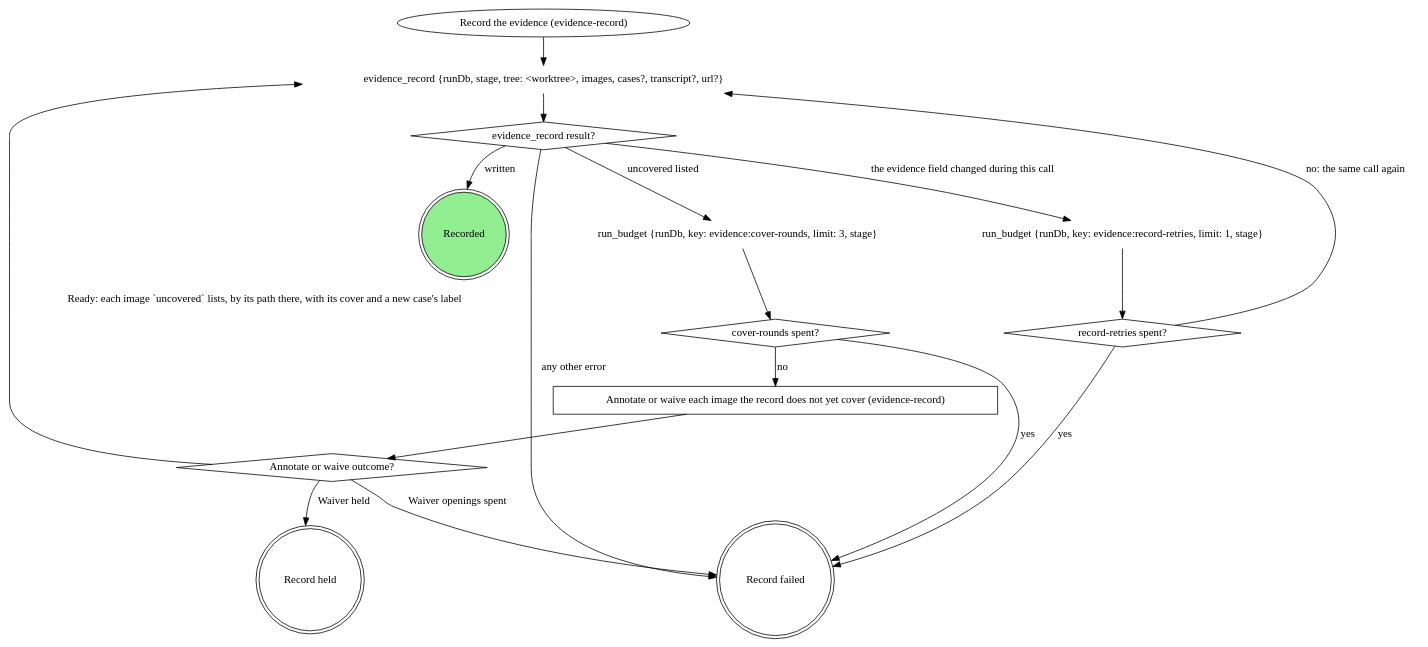
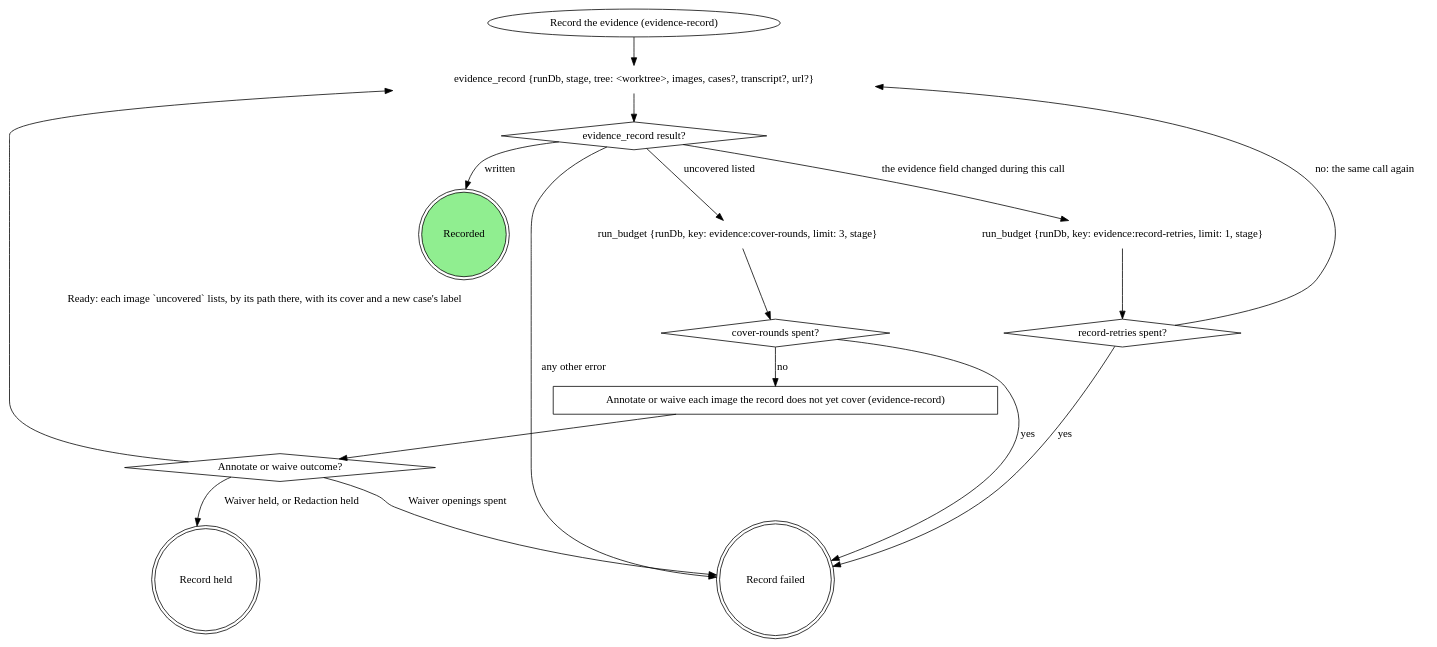
One commit to m4ttstack/mattstack changed the first of 3 diagrams in plugins/mattstack/attachments/evidence-record/SKILL.md. Above: the diagram before and after it, drawn with Graphviz. The commit also changed other lines of this file and 53 other files, not shown here.

````diff
--- a/plugins/mattstack/attachments/evidence-record/SKILL.md
+++ b/plugins/mattstack/attachments/evidence-record/SKILL.md
@@ -36,31 +39,31 @@
 ```dot
 digraph record_evidence {
     record_evidence [label="Record the evidence (evidence-record)" shape=ellipse];
     evidence_record [label="evidence_record {runDb, stage, tree: <worktree>, images, cases?, transcript?, url?}" shape=plaintext];
     record_result [label="evidence_record result?" shape=diamond];
     run_budget_cover [label="run_budget {runDb, key: evidence:cover-rounds, limit: 3, stage}" shape=plaintext];
     cover_rounds_spent [label="cover-rounds spent?" shape=diamond];
     annotate_or_waive [label="Annotate or waive each image the record does not yet cover (evidence-record)" shape=box];
     annotate_outcome [label="Annotate or waive outcome?" shape=diamond];
     run_budget_retries [label="run_budget {runDb, key: evidence:record-retries, limit: 1, stage}" shape=plaintext];
     record_retries_spent [label="record-retries spent?" shape=diamond];
     recorded [label="Recorded" shape=doublecircle style=filled fillcolor=lightgreen];
     record_held [label="Record held" shape=doublecircle];
     record_failed [label="Record failed" shape=doublecircle];
 
     record_evidence -> evidence_record -> record_result;
     record_result -> recorded [label="written"];
     record_result -> run_budget_cover [label="uncovered listed"];
     record_result -> run_budget_retries [label="the evidence field changed during this call"];
     record_result -> record_failed [label="any other error"];
     run_budget_cover -> cover_rounds_spent;
     cover_rounds_spent -> annotate_or_waive [label="no"];
     annotate_or_waive -> annotate_outcome;
     annotate_outcome -> evidence_record [label="Ready: each image `uncovered` lists, by its path there, with its cover and a new case's label"];
-    annotate_outcome -> record_held [label="Waiver held"];
+    annotate_outcome -> record_held [label="Waiver held, or Redaction held"];
     annotate_outcome -> record_failed [label="Waiver openings spent"];
     run_budget_retries -> record_retries_spent;
     record_retries_spent -> evidence_record [label="no: the same call again"];
     {cover_rounds_spent record_retries_spent} -> record_failed [label="yes"];
 }
 ```
````
